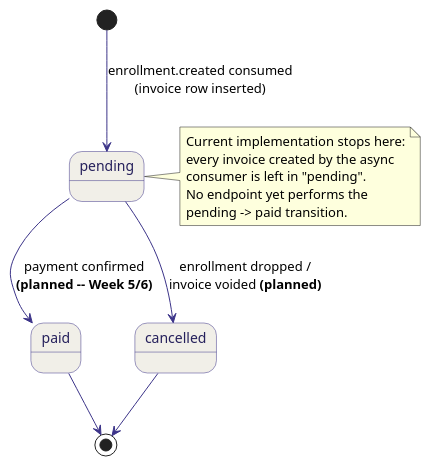
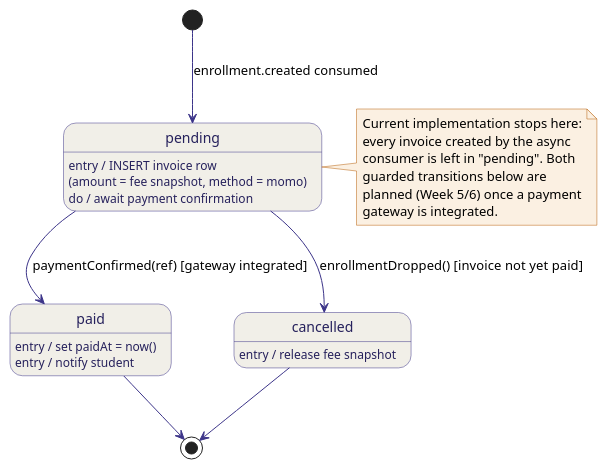
The diagram in documentation/figures/smartschool/07_state_invoice.puml (Suraku237/MarketFlow), drawn with PlantUML before and after one commit. The commit also changed 18 other files, not shown here.

Commit message:
fixing the diagrams and arranging the documentation -----------

```diff
--- a/documentation/figures/smartschool/07_state_invoice.puml
+++ b/documentation/figures/smartschool/07_state_invoice.puml
@@ -1,25 +1,45 @@
 @startuml 07_state_invoice
 skinparam backgroundColor white
 skinparam shadowing false
 skinparam defaultFontName Helvetica
 skinparam state {
   BackgroundColor #F1EFE8
   BorderColor #3C3489
   ArrowColor #3C3489
   FontColor #26215C
 }
+skinparam note {
+  BackgroundColor #FBF0E2
+  BorderColor #B75E09
+}
 
-[*] --> pending : enrollment.created consumed\n(invoice row inserted)
-pending --> paid : payment confirmed\n<b>(planned -- Week 5/6)</b>
-pending --> cancelled : enrollment dropped /\ninvoice voided <b>(planned)</b>
+[*] --> pending : enrollment.created consumed
+
+state pending {
+  pending : entry / INSERT invoice row\n(amount = fee snapshot, method = momo)
+  pending : do / await payment confirmation
+}
+
+state paid {
+  paid : entry / set paidAt = now()
+  paid : entry / notify student
+}
+
+state cancelled {
+  cancelled : entry / release fee snapshot
+}
+
+pending --> paid     : paymentConfirmed(ref) [gateway integrated]
+pending --> cancelled : enrollmentDropped()  [invoice not yet paid]
 paid --> [*]
 cancelled --> [*]
 
 note right of pending
   Current implementation stops here:
   every invoice created by the async
-  consumer is left in "pending".
-  No endpoint yet performs the
-  pending -> paid transition.
+  consumer is left in "pending". Both
+  guarded transitions below are
+  planned (Week 5/6) once a payment
+  gateway is integrated.
 end note
 @enduml
```
